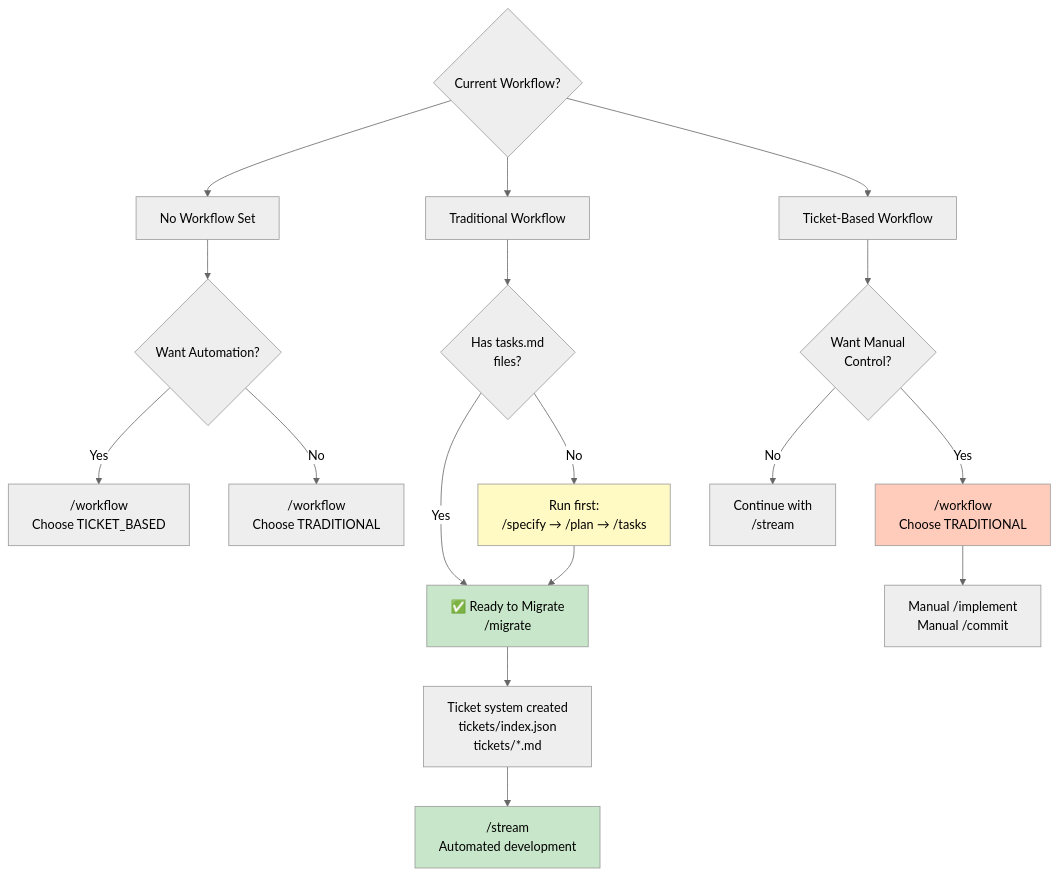
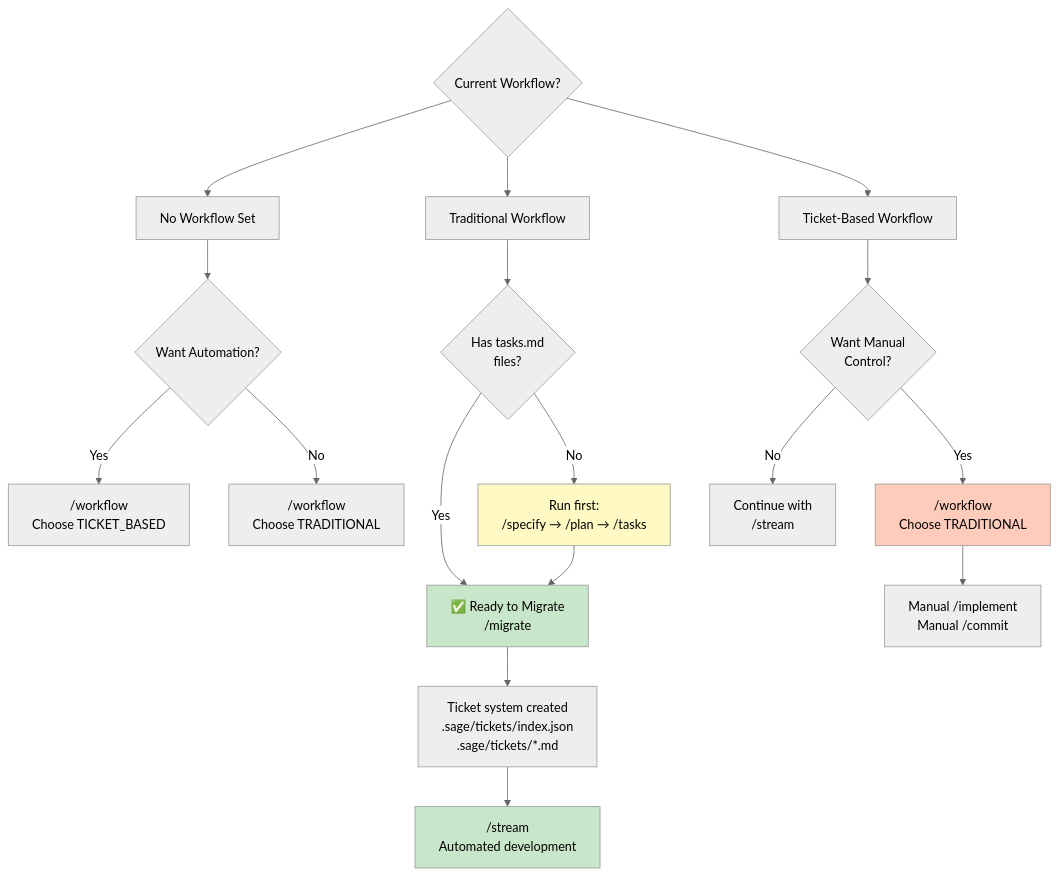
The third of 3 diagrams in commands/SAGE_DEV_WORKFLOW.md (Mathews-Tom/sage-dev), drawn with Mermaid (neutral theme) before and after one commit. The commit also changed other lines of this file and 18 other files, not shown here.

First line of the commit message:
refactor(commands): relocate tickets to .sage/tickets/

````diff
--- a/commands/SAGE_DEV_WORKFLOW.md
+++ b/commands/SAGE_DEV_WORKFLOW.md
@@ -1641,29 +1641,29 @@
 ```mermaid
 graph TD
     Start{Current Workflow?} --> Trad[Traditional Workflow]
     Start --> Tick[Ticket-Based Workflow]
     Start --> None[No Workflow Set]
 
     None --> Question1{Want Automation?}
     Question1 -->|Yes| SetTicket["/workflow<br/>Choose TICKET_BASED"]
     Question1 -->|No| SetTrad["/workflow<br/>Choose TRADITIONAL"]
 
     Trad --> HasTasks{Has tasks.md<br/>files?}
     HasTasks -->|Yes| ReadyMigrate["✅ Ready to Migrate<br/>/migrate"]
     HasTasks -->|No| NeedTasks["Run first:<br/>/specify → /plan → /tasks"]
     NeedTasks --> ReadyMigrate
 
-    ReadyMigrate --> PostMigrate["Ticket system created<br/>tickets/index.json<br/>tickets/*.md"]
+    ReadyMigrate --> PostMigrate["Ticket system created<br/>.sage/tickets/index.json<br/>.sage/tickets/*.md"]
     PostMigrate --> UseDevstream["/stream<br/>Automated development"]
 
     Tick --> WantManual{Want Manual<br/>Control?}
     WantManual -->|Yes| BackToTrad["/workflow<br/>Choose TRADITIONAL"]
     WantManual -->|No| KeepTicket["Continue with<br/>/stream"]
 
     BackToTrad --> ManualImpl["Manual /implement<br/>Manual /commit"]
 
     style ReadyMigrate fill:#c8e6c9
     style UseDevstream fill:#c8e6c9
     style NeedTasks fill:#fff9c4
     style BackToTrad fill:#ffccbc
 ```
````
